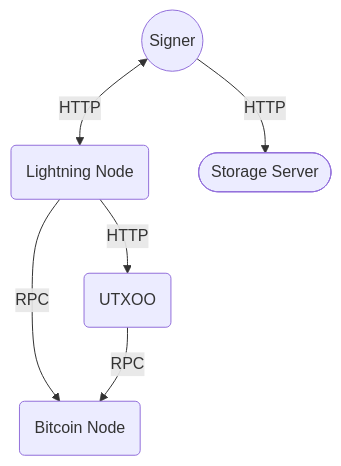
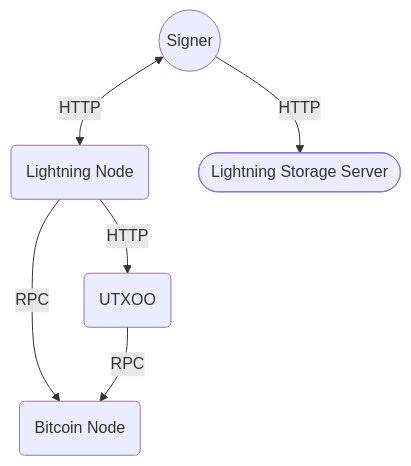
The diagram in slides.md (king-11/docker-run-vls), drawn with Mermaid before and after one commit.

Commit message:
chore: rename to lss full form

````diff
--- a/slides.md
+++ b/slides.md
@@ -60,13 +60,13 @@
 ```mermaid
 graph TD
   A(Bitcoin Node)
   B(Lightning Node)
   C(UTXOO)
   D((Signer))
-  E([Storage Server])
+  E([Lightning Storage Server])
   B --> |RPC| A
   C --> |RPC| A
   D <--> |HTTP| B
   B --> |HTTP| C
   D --> |HTTP| E
 ```
````
